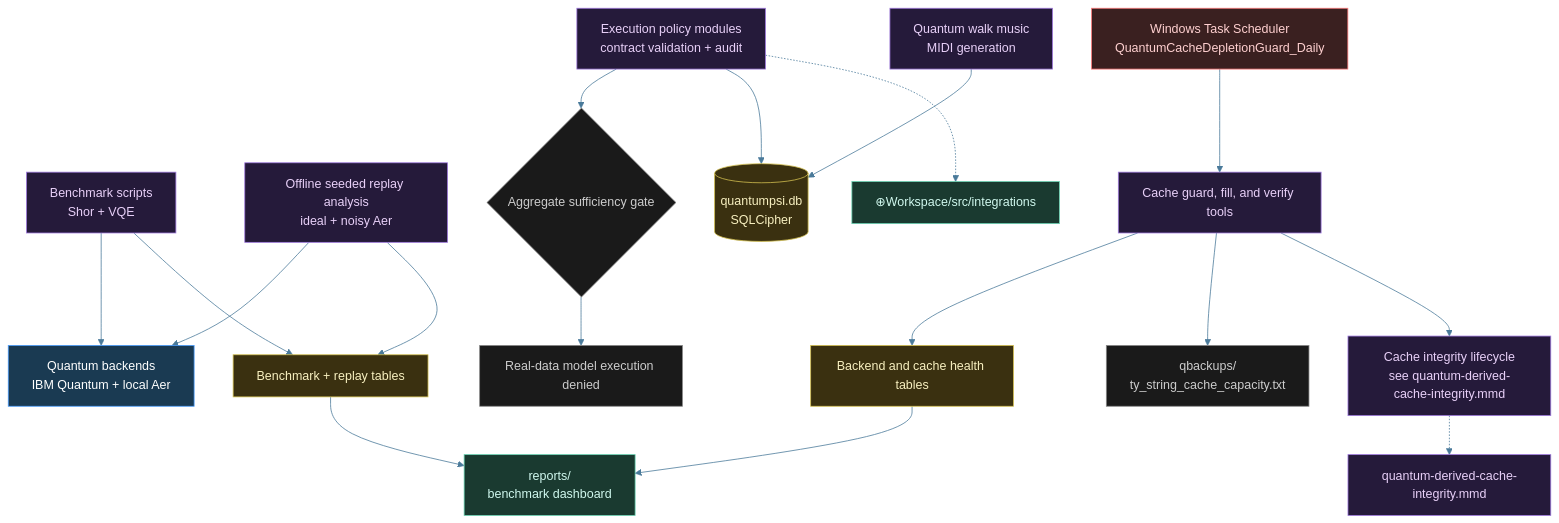
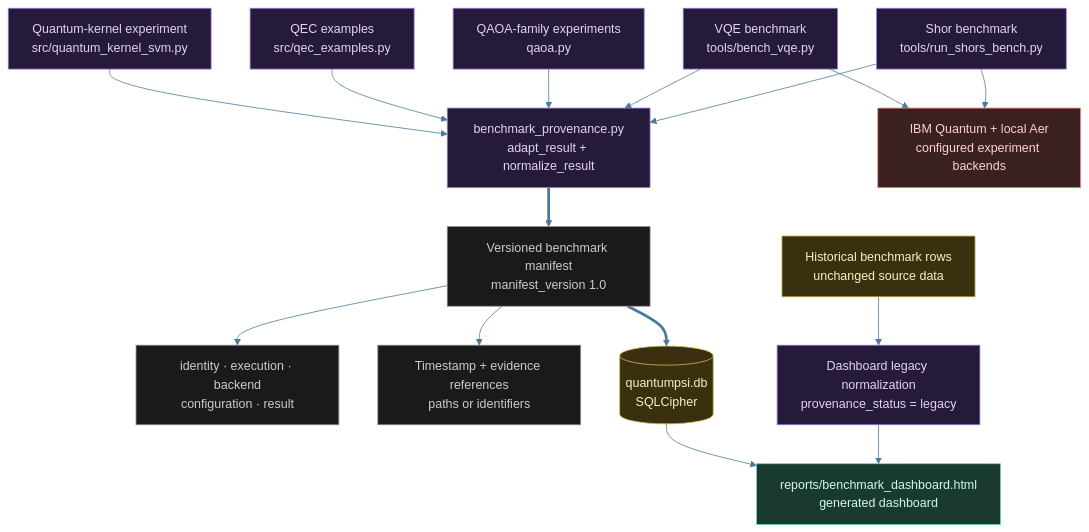
The diagram in diagrams/quantum-architecture.mmd (tylerdrakemusic/-Workspace), drawn with Mermaid before and after one commit. The commit also changed 2 other files, not shown here.

Commit message:
docs: reconcile Quantum benchmark diagrams

```diff
--- a/diagrams/quantum-architecture.mmd
+++ b/diagrams/quantum-architecture.mmd
@@ -1,50 +1,43 @@
 %%{init: {'theme': 'base', 'themeVariables': {'primaryColor': '#1a2e3a', 'primaryTextColor': '#d0ecf8', 'edgeLabelBackground': '#0f1318', 'lineColor': '#4a7a9a'}}}%%
 %% is_derived_view=false
 %% Traceability.derived_views: diagrams/quantum-derived-cache-integrity.mmd
 graph TB
-    Bench[Benchmark scripts<br/>Shor + VQE]:::quantum
-    Replay[Offline seeded replay analysis<br/>ideal + noisy Aer]:::quantum
-    Backends[Quantum backends<br/>IBM Quantum + local Aer]:::back
-    Policy[Execution policy modules<br/>contract validation + audit]:::quantum
-    Gate{Aggregate sufficiency gate}:::state
-    Denied[Real-data model execution denied]:::state
-    Music[Quantum walk music<br/>MIDI generation]:::quantum
+    Shor[Shor benchmark<br/>tools/run_shors_bench.py]:::quantum
+    VQE[VQE benchmark<br/>tools/bench_vqe.py]:::quantum
+    QAOA[QAOA-family experiments<br/>qaoa.py]:::quantum
+    QEC[QEC examples<br/>src/qec_examples.py]:::quantum
+    Kernel[Quantum-kernel experiment<br/>src/quantum_kernel_svm.py]:::quantum
+    Contract[benchmark_provenance.py<br/>adapt_result + normalize_result]:::quantum
+    Manifest[Versioned benchmark manifest<br/>manifest_version 1.0]:::state
+    Sections[identity · execution · backend<br/>configuration · result]:::state
+    Evidence[Timestamp + evidence references<br/>paths or identifiers]:::state
     QuantumDB[(quantumpsi.db<br/>SQLCipher)]:::db
-    BenchData[Benchmark + replay tables]:::db
-    HealthData[Backend and cache health tables]:::db
-    Reports[reports/<br/>benchmark dashboard]:::store
-    GuardTask[Windows Task Scheduler<br/>QuantumCacheDepletionGuard_Daily]:::ext
-    CacheTools[Cache guard, fill, and verify tools]:::quantum
-    CacheCapacity[qbackups/<br/>ty_string_cache_capacity.txt]:::state
-    CacheLifecycle[Cache integrity lifecycle<br/>see quantum-derived-cache-integrity.mmd]:::quantum
-    Workspace[⊕Workspace/src/integrations]:::ws
-    Bench --> Backends
-    Bench --> BenchData
-    Replay --> Backends
-    Replay --> BenchData
-    BenchData --> Reports
-    Policy --> Gate
-    Gate --> Denied
-    Policy --> QuantumDB
-    Music --> QuantumDB
-    GuardTask --> CacheTools
-    CacheTools --> HealthData
-    CacheTools --> CacheCapacity
-    CacheTools --> CacheLifecycle
-    CacheLifecycle -.-> CacheDetail[quantum-derived-cache-integrity.mmd]:::quantum
-    HealthData --> Reports
-    Policy -.-> Workspace
+    Legacy[Historical benchmark rows<br/>unchanged source data]:::db
+    Normalize[Dashboard legacy normalization<br/>provenance_status = legacy]:::quantum
+    Dashboard[reports/benchmark_dashboard.html<br/>generated dashboard]:::store
+    Backends[IBM Quantum + local Aer<br/>configured experiment backends]:::ext
+    Shor --> Contract
+    VQE --> Contract
+    QAOA --> Contract
+    QEC --> Contract
+    Kernel --> Contract
+    Contract ==> Manifest
+    Manifest --> Sections
+    Manifest --> Evidence
+    Shor --> Backends
+    VQE --> Backends
+    Manifest ==> QuantumDB
+    Legacy --> Normalize
+    Normalize --> Dashboard
+    QuantumDB --> Dashboard
 
-classDef tyler   fill:#2a1a3a,stroke:#9e4aff,color:#fff
-classDef orch    fill:#1a3a52,stroke:#4a9eff,color:#fff
-classDef ws      fill:#1a3a30,stroke:#6ad4b4,color:#d0f8ee
-classDef ext     fill:#3a2020,stroke:#ff7a7a,color:#ffd0d0
-classDef db      fill:#3a3010,stroke:#d4c050,color:#f8f0c0
-classDef state   fill:#1a1a1a,stroke:#888888,color:#cccccc
-classDef life    fill:#1a2e3a,stroke:#6ab4d4,color:#d0ecf8
-classDef music   fill:#3a1a24,stroke:#d47a8f,color:#f8d0dc
-classDef quantum fill:#251a3a,stroke:#a07adf,color:#e8d0f8
+classDef life     fill:#1a2e3a,stroke:#6ab4d4,color:#d0ecf8
+classDef music    fill:#3a1a24,stroke:#d47a8f,color:#f8d0dc
+classDef quantum  fill:#251a3a,stroke:#a07adf,color:#e8d0f8
 classDef manifest fill:#3a2e1a,stroke:#d4a96a,color:#f8ead0
-classDef alg     fill:#1a2e3a,stroke:#6ab4d4,color:#d0ecf8
-classDef back    fill:#1a3a52,stroke:#4a9eff,color:#fff
-classDef store   fill:#1a3a30,stroke:#6ad4b4,color:#d0f8ee
+classDef ws       fill:#1a3a30,stroke:#6ad4b4,color:#d0f8ee
+classDef tyler    fill:#2a1a3a,stroke:#9e4aff,color:#fff
+classDef ext      fill:#3a2020,stroke:#ff7a7a,color:#ffd0d0
+classDef db       fill:#3a3010,stroke:#d4c050,color:#f8f0c0
+classDef state    fill:#1a1a1a,stroke:#888888,color:#cccccc
+classDef store    fill:#1a3a30,stroke:#6ad4b4,color:#d0f8ee
```
